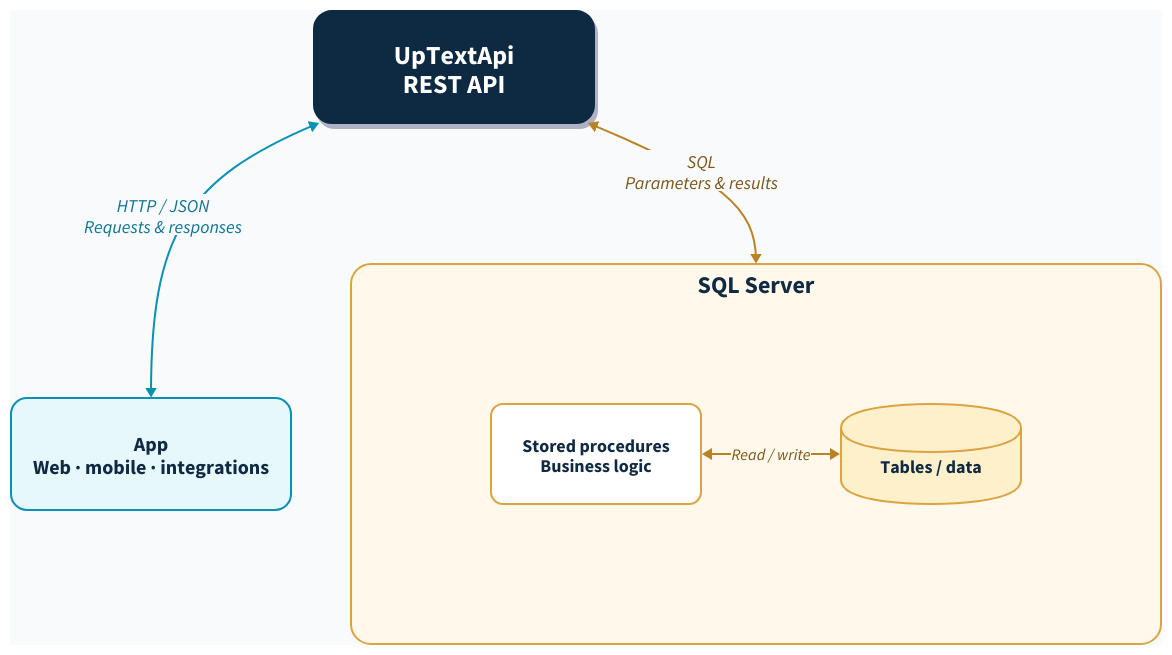
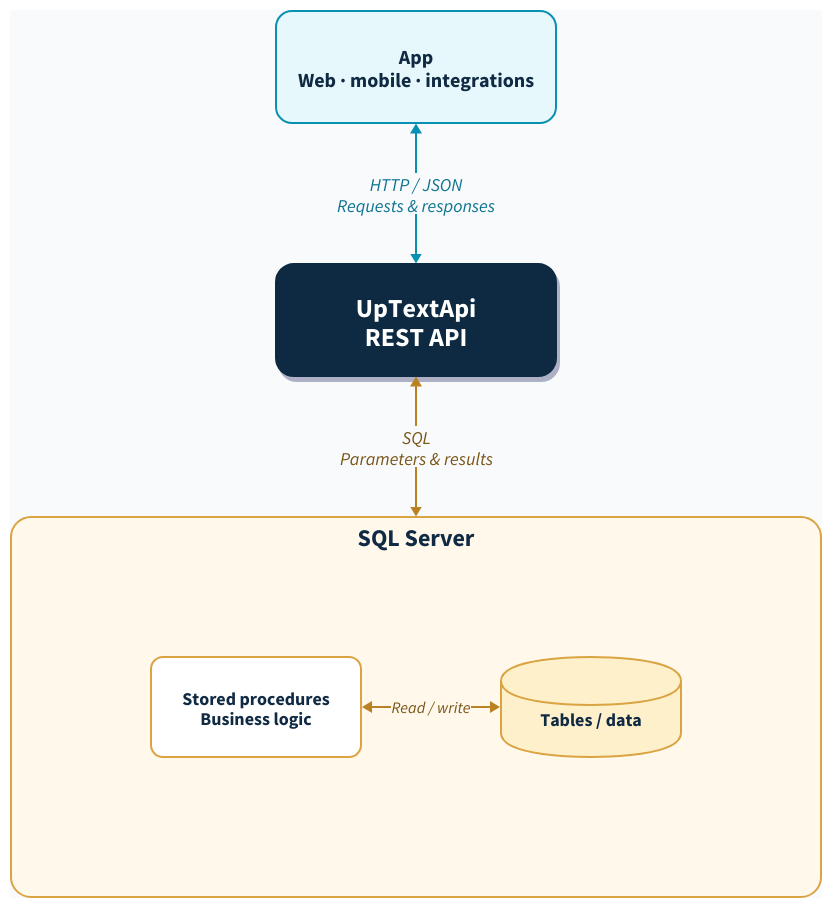
The diagram in docs/diagrams/architecture.d2 (UpText/UpTextApi), drawn with D2 before and after one commit. The commit also changed 2 other files, not shown here.

Commit message:
Place App above UpTextApi in architecture diagram

```diff
--- a/docs/diagrams/architecture.d2
+++ b/docs/diagrams/architecture.d2
@@ -1,102 +1,102 @@
 direction: down
 
 vars: {
   d2-config: {
     pad: 48
     center: true
   }
 }
 
 style: {
   fill: "#F8FAFC"
 }
 
 api: "UpTextApi\nREST API" {
   width: 280
   height: 112
   style: {
     fill: "#102A43"
     stroke: "#102A43"
     font-color: "#FFFFFF"
     font-size: 26
     bold: true
     border-radius: 18
     shadow: true
   }
 }
 
 app: "App\nWeb · mobile · integrations" {
   width: 280
   height: 112
   style: {
     fill: "#E6F8FC"
     stroke: "#0891B2"
     font-color: "#102A43"
     font-size: 20
     border-radius: 16
     stroke-width: 2
   }
 }
 
 sql: SQL Server {
   grid-rows: 1
   grid-gap: 140
   style: {
     fill: "#FFF8EB"
     stroke: "#D9A441"
     font-color: "#102A43"
     font-size: 24
     bold: true
     border-radius: 20
     stroke-width: 2
   }
 
   procedures: "Stored procedures\nBusiness logic" {
     width: 210
     height: 100
     style: {
       fill: "#FFFFFF"
       stroke: "#D9A441"
       font-color: "#102A43"
       font-size: 18
       border-radius: 12
     }
   }
 
   tables: "Tables / data" {
     shape: cylinder
     width: 180
     height: 100
     style: {
       fill: "#FFF0CC"
       stroke: "#D9A441"
       font-color: "#102A43"
       font-size: 18
     }
   }
 
   procedures <-> tables: Read / write {
     style: {
       stroke: "#B98222"
       font-color: "#795516"
       font-size: 16
     }
   }
 }
 
-api <-> app: "HTTP / JSON\nRequests & responses" {
+app <-> api: "HTTP / JSON\nRequests & responses" {
   style: {
     stroke: "#0891B2"
     stroke-width: 2
     font-color: "#0E7490"
     font-size: 18
   }
 }
 api <-> sql: "SQL\nParameters & results" {
   style: {
     stroke: "#B98222"
     stroke-width: 2
     font-color: "#795516"
     font-size: 18
   }
 }
```
